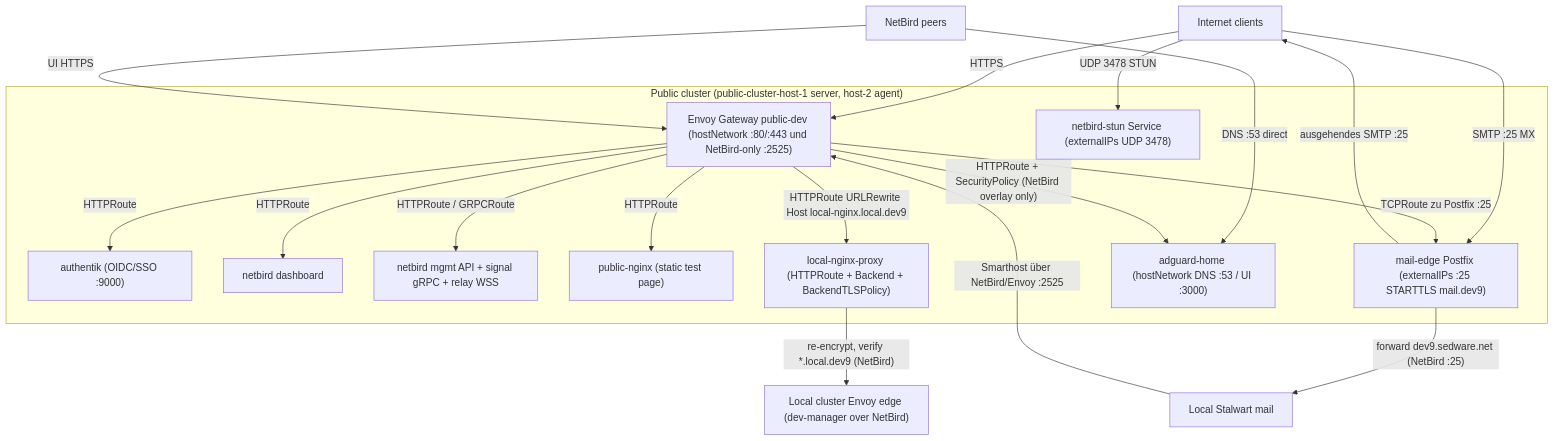
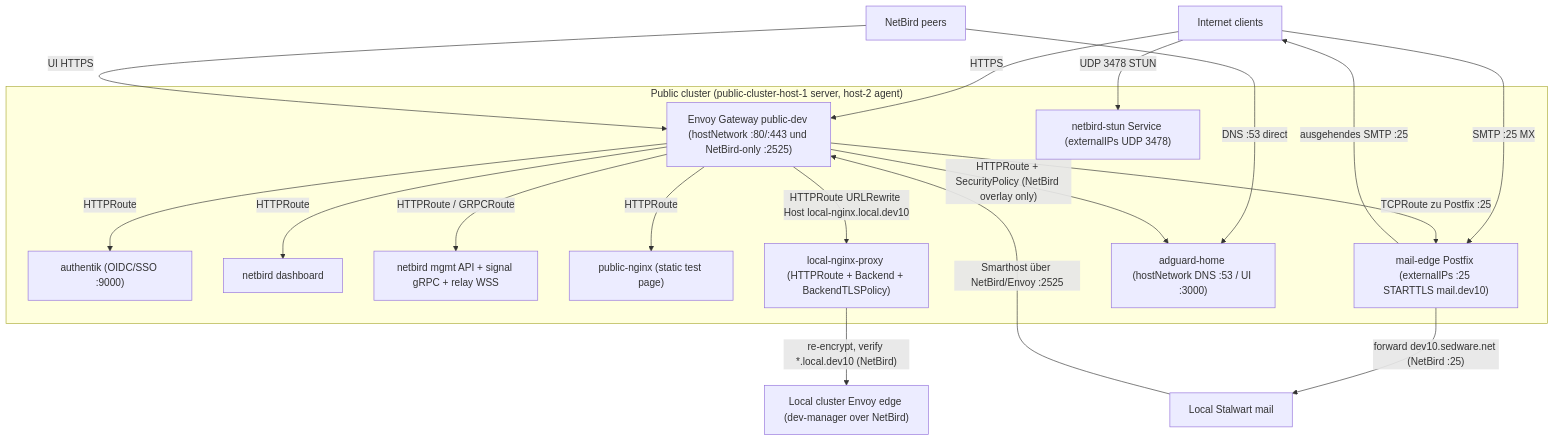
The diagram in docs/architecture.md (rowBeeX/public-cluster-kubernetes), drawn with Mermaid before and after one commit. The commit also changed 20 other files, not shown here.

````diff
--- a/docs/architecture.md
+++ b/docs/architecture.md
@@ -44,38 +44,38 @@
 ```mermaid
 flowchart TB
   internet["Internet clients"]
   nbpeers["NetBird peers"]
   localedge["Local cluster Envoy edge (dev-manager over NetBird)"]
   stalwart["Local Stalwart mail"]
 
   subgraph public["Public cluster (public-cluster-host-1 server, host-2 agent)"]
     envoy["Envoy Gateway public-dev (hostNetwork :80/:443 und NetBird-only :2525)"]
     authentik["authentik (OIDC/SSO :9000)"]
     nbdash["netbird dashboard"]
     nbmgmt["netbird mgmt API + signal gRPC + relay WSS"]
     pubnginx["public-nginx (static test page)"]
     lnproxy["local-nginx-proxy (HTTPRoute + Backend + BackendTLSPolicy)"]
     stunsvc["netbird-stun Service (externalIPs UDP 3478)"]
-    mailedge["mail-edge Postfix (externalIPs :25 STARTTLS mail.dev9)"]
+    mailedge["mail-edge Postfix (externalIPs :25 STARTTLS mail.dev10)"]
     adguard["adguard-home (hostNetwork DNS :53 / UI :3000)"]
   end
 
   internet -->|HTTPS| envoy
   envoy -->|HTTPRoute| authentik
   envoy -->|HTTPRoute| nbdash
   envoy -->|HTTPRoute / GRPCRoute| nbmgmt
   envoy -->|HTTPRoute| pubnginx
-  envoy -->|"HTTPRoute URLRewrite Host local-nginx.local.dev9"| lnproxy
-  lnproxy -->|"re-encrypt, verify *.local.dev9 (NetBird)"| localedge
+  envoy -->|"HTTPRoute URLRewrite Host local-nginx.local.dev10"| lnproxy
+  lnproxy -->|"re-encrypt, verify *.local.dev10 (NetBird)"| localedge
 
   internet -->|UDP 3478 STUN| stunsvc
   internet -->|SMTP :25 MX| mailedge
-  mailedge -->|"forward dev9.sedware.net (NetBird :25)"| stalwart
+  mailedge -->|"forward dev10.sedware.net (NetBird :25)"| stalwart
   stalwart -->|"Smarthost über NetBird/Envoy :2525"| envoy
   envoy -->|"TCPRoute zu Postfix :25"| mailedge
   mailedge -->|"ausgehendes SMTP :25"| internet
 
   nbpeers -->|DNS :53 direct| adguard
   nbpeers -->|UI HTTPS| envoy
   envoy -->|"HTTPRoute + SecurityPolicy (NetBird overlay only)"| adguard
 ```
````
